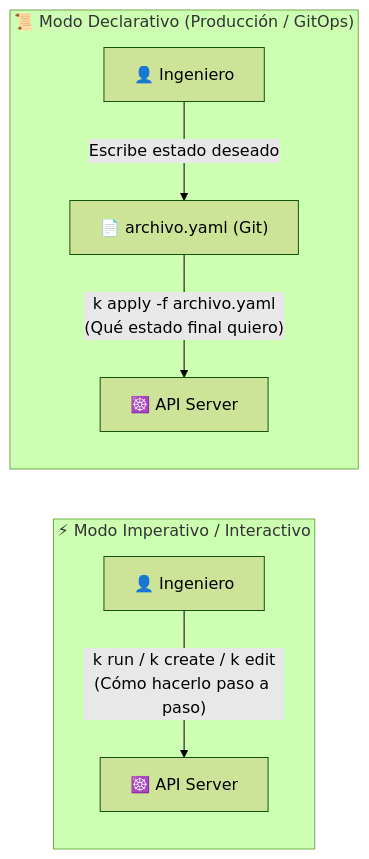
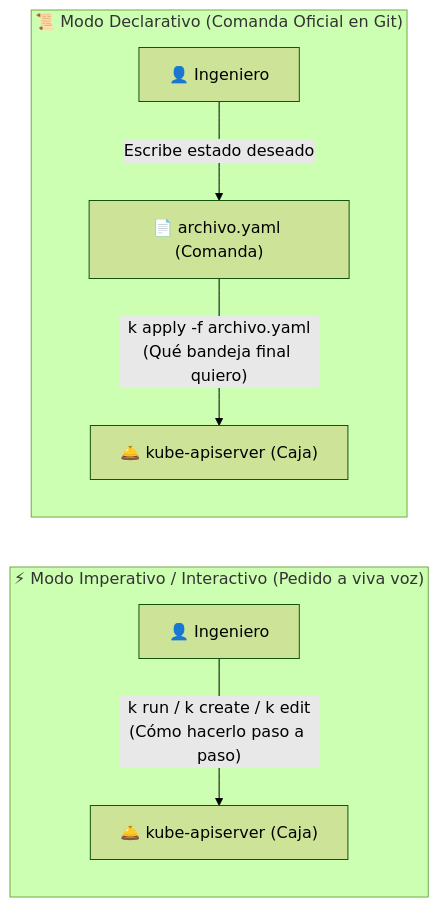
The first of 2 diagrams in semana-01-arquitectura/1.ejemplos/README.md (Camilogigom/Fundamentos-Kubernetes), drawn with Mermaid (forest theme) before and after one commit. The commit also changed other lines of this file and 4 other files, not shown here.

````diff
--- a/semana-01-arquitectura/1.ejemplos/README.md
+++ b/semana-01-arquitectura/1.ejemplos/README.md
@@ -26,10 +26,10 @@
 ```mermaid
 flowchart LR
-    subgraph Imperativo ["⚡ Modo Imperativo / Interactivo"]
-        I1["👤 Ingeniero"] -->|"k run / k create / k edit\n(Cómo hacerlo paso a paso)"| API1["☸️ API Server"]
+    subgraph Imperativo ["⚡ Modo Imperativo / Interactivo (Pedido a viva voz)"]
+        I1["👤 Ingeniero"] -->|"k run / k create / k edit\n(Cómo hacerlo paso a paso)"| API1["🛎️ kube-apiserver (Caja)"]
     end
-    subgraph Declarativo ["📜 Modo Declarativo (Producción / GitOps)"]
-        D1["👤 Ingeniero"] -->|"Escribe estado deseado"| Y["📄 archivo.yaml (Git)"]
-        Y -->|"k apply -f archivo.yaml\n(Qué estado final quiero)"| API2["☸️ API Server"]
+    subgraph Declarativo ["📜 Modo Declarativo (Comanda Oficial en Git)"]
+        D1["👤 Ingeniero"] -->|"Escribe estado deseado"| Y["📄 archivo.yaml (Comanda)"]
+        Y -->|"k apply -f archivo.yaml\n(Qué bandeja final quiero)"| API2["🛎️ kube-apiserver (Caja)"]
     end
 ```
````
